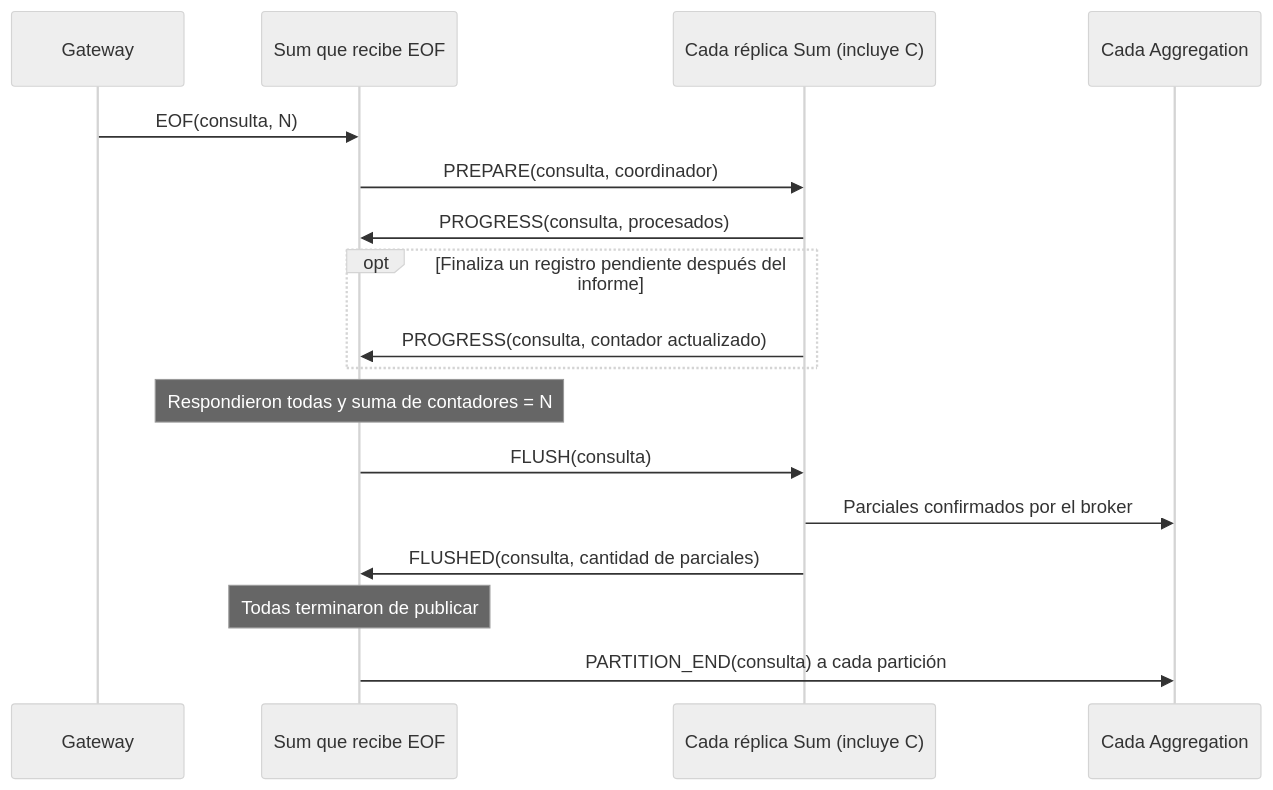
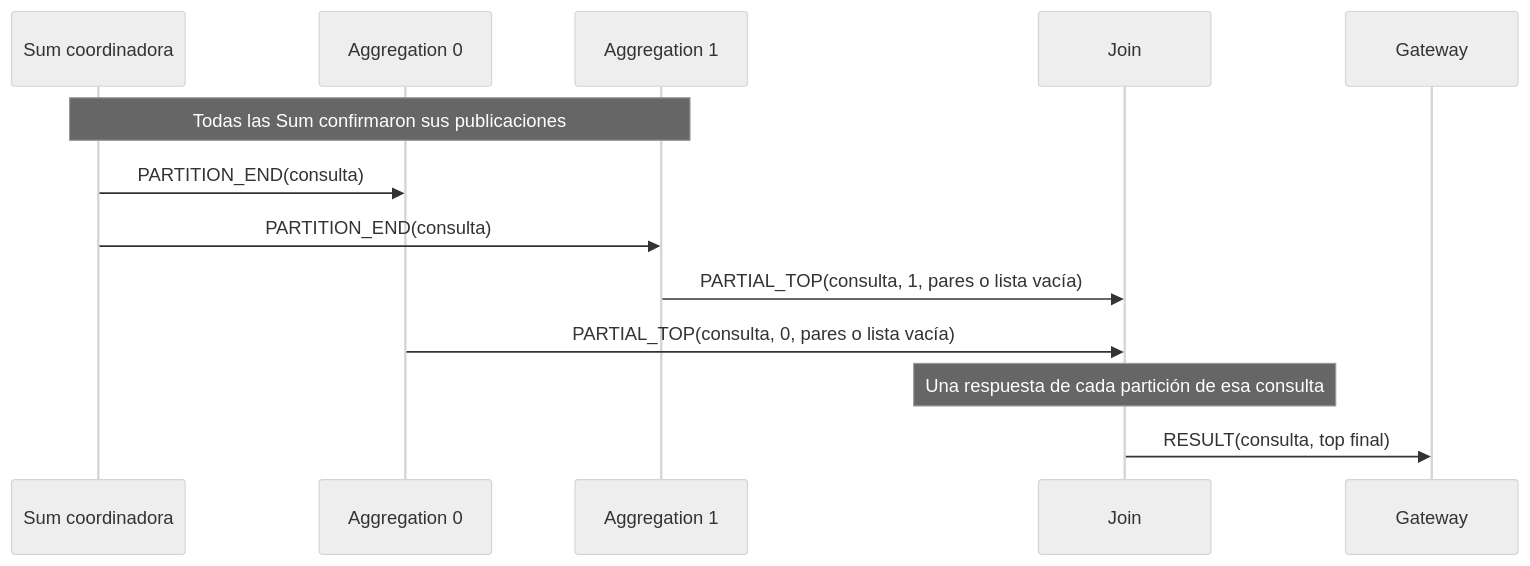
Before and after one commit to franguardia12/tp-coordinacion: the second of 2 diagrams in INFORME.md, drawn with Mermaid (neutral theme). The commit also changed other lines of this file, not shown here.

Commit message:
docs: update documentation to enhance clarity on Sum and Aggregation coordination and scalability

````diff
--- a/INFORME.md
+++ b/INFORME.md
@@ -107,19 +118,15 @@
 ```mermaid
 sequenceDiagram
+    participant C as Sum coordinadora
+    participant A0 as Aggregation 0
+    participant A1 as Aggregation 1
+    participant J as Join
     participant G as Gateway
-    participant C as Sum que recibe EOF
-    participant S as Cada réplica Sum (incluye C)
-    participant A as Cada Aggregation
-    G->>C: EOF(consulta, N)
-    C->>S: PREPARE(consulta, coordinador)
-    S->>C: PROGRESS(consulta, procesados)
-    opt Finaliza un registro pendiente después del informe
-        S->>C: PROGRESS(consulta, contador actualizado)
-    end
-    Note over C: Respondieron todas y suma de contadores = N
-    C->>S: FLUSH(consulta)
-    S->>A: Parciales confirmados por el broker
-    S->>C: FLUSHED(consulta, cantidad de parciales)
-    Note over C: Todas terminaron de publicar
-    C->>A: PARTITION_END(consulta) a cada partición
+    Note over C,A1: Todas las Sum confirmaron sus publicaciones
+    C->>A0: PARTITION_END(consulta)
+    C->>A1: PARTITION_END(consulta)
+    A1->>J: PARTIAL_TOP(consulta, 1, pares o lista vacía)
+    A0->>J: PARTIAL_TOP(consulta, 0, pares o lista vacía)
+    Note over J: Una respuesta de cada partición de esa consulta
+    J->>G: RESULT(consulta, top final)
 ```
````
